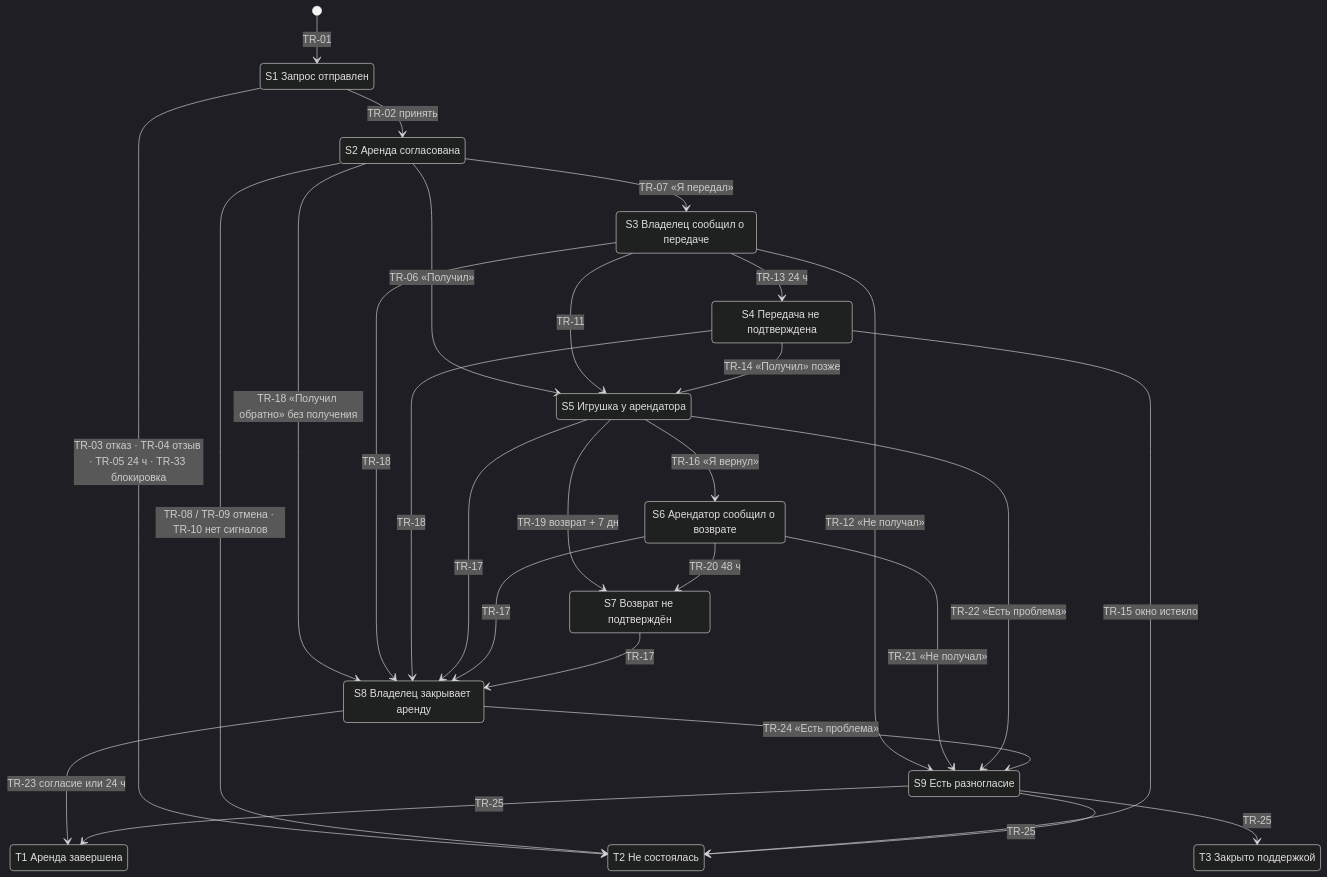
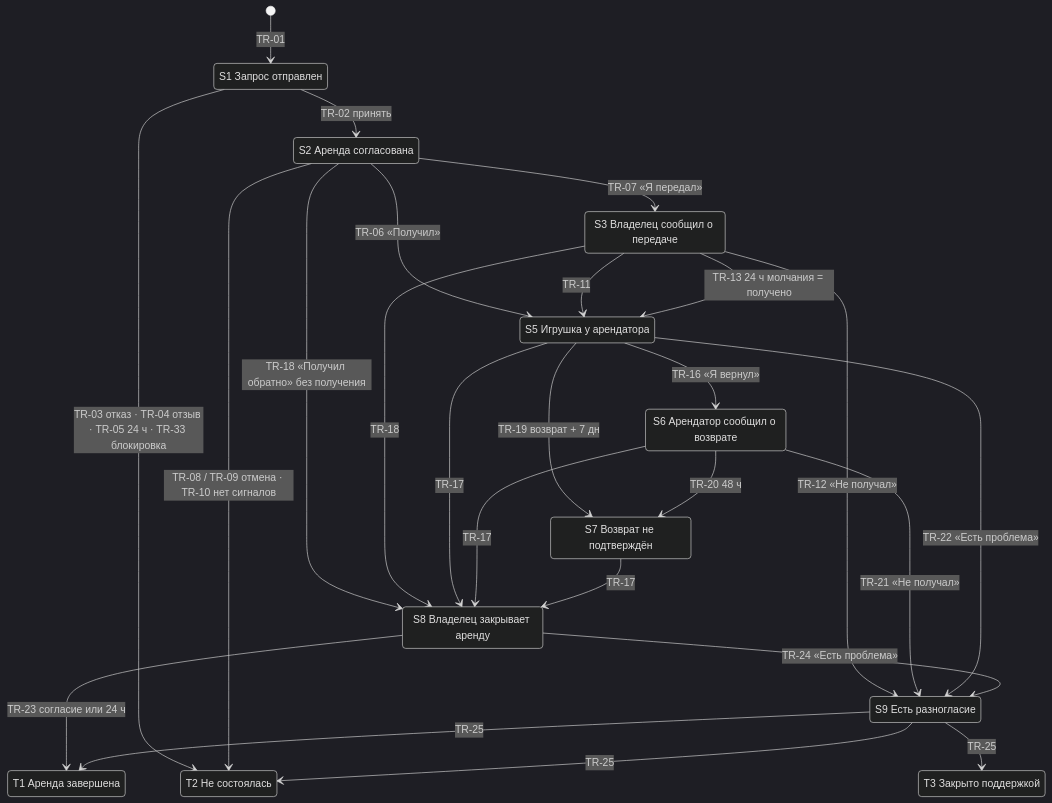
The diagram in knowledge/specs/rental/rental-spec-v1.1.md (TTigSSar/rental-ai-workflow), drawn with Mermaid (dark theme) before and after one commit. The commit also changed other lines of this file and 3 other files, not shown here.

````diff
--- a/knowledge/specs/rental/rental-spec-v1.1.md
+++ b/knowledge/specs/rental/rental-spec-v1.1.md
@@ -112,43 +117,39 @@
 ```mermaid
 stateDiagram-v2
   direction TB
   state "S1 Запрос отправлен" as S1
   state "S2 Аренда согласована" as S2
   state "S3 Владелец сообщил о передаче" as S3
-  state "S4 Передача не подтверждена" as S4
   state "S5 Игрушка у арендатора" as S5
   state "S6 Арендатор сообщил о возврате" as S6
   state "S7 Возврат не подтверждён" as S7
   state "S8 Владелец закрывает аренду" as S8
   state "S9 Есть разногласие" as S9
   state "T1 Аренда завершена" as T1
   state "T2 Не состоялась" as T2
   state "T3 Закрыто поддержкой" as T3
   [*] --> S1: TR-01
   S1 --> S2: TR-02 принять
   S1 --> T2: TR-03 отказ · TR-04 отзыв · TR-05 24 ч · TR-33 блокировка
   S2 --> S5: TR-06 «Получил»
   S2 --> S3: TR-07 «Я передал»
   S2 --> T2: TR-08 / TR-09 отмена · TR-10 нет сигналов
   S3 --> S5: TR-11
   S3 --> S9: TR-12 «Не получал»
-  S3 --> S4: TR-13 24 ч
-  S4 --> S5: TR-14 «Получил» позже
-  S4 --> T2: TR-15 окно истекло
+  S3 --> S5: TR-13 24 ч молчания = получено
   S2 --> S8: TR-18 «Получил обратно» без получения
   S3 --> S8: TR-18
-  S4 --> S8: TR-18
   S5 --> S6: TR-16 «Я вернул»
   S5 --> S8: TR-17
   S6 --> S8: TR-17
   S7 --> S8: TR-17
   S5 --> S7: TR-19 возврат + 7 дн
   S6 --> S7: TR-20 48 ч
   S6 --> S9: TR-21 «Не получал»
   S5 --> S9: TR-22 «Есть проблема»
   S8 --> T1: TR-23 согласие или 24 ч
   S8 --> S9: TR-24 «Есть проблема»
   S9 --> T1: TR-25
   S9 --> T2: TR-25
   S9 --> T3: TR-25
 ```
````
